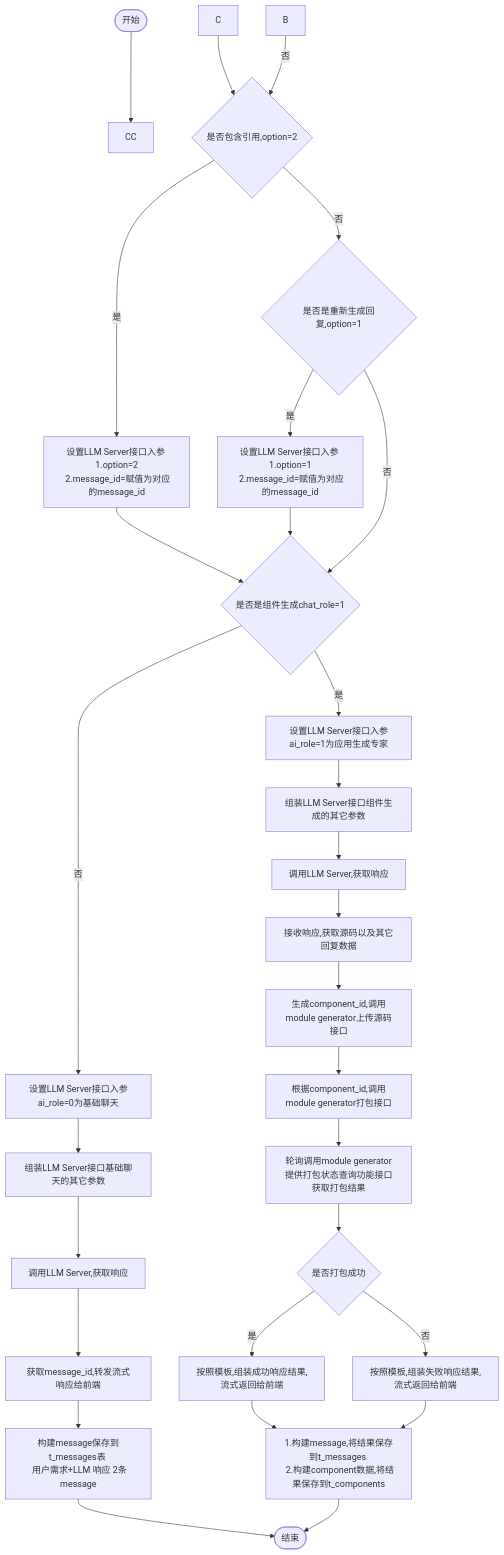
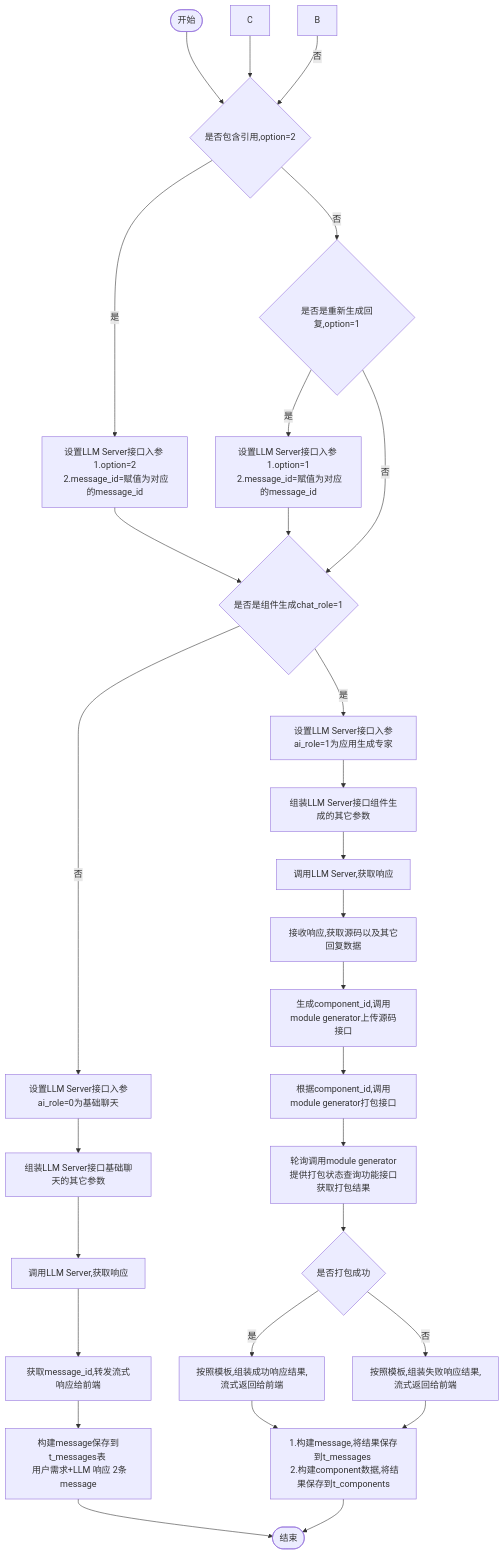
Before and after one commit to yingjianzh/iodraw-files: the diagram in all/w3-会话-不需要传递message.md, drawn with Mermaid.

Commit message:
2024-10-15 14:14:15 update

````diff
--- a/all/w3-会话-不需要传递message.md
+++ b/all/w3-会话-不需要传递message.md
@@ -1,35 +1,35 @@
 ```mermaid
 flowchart TD
-    A([开始]) --> CC
+    A([开始]) --> D
     C --> D
     B -- 否 --> D{是否包含引用,option=2}
     D -- 是 --> E[设置LLM Server接口入参 \n 1.option=2 \n 2.message_id=赋值为对应的message_id]
     D -- 否 --> F{是否是重新生成回复,option=1}
     F -- 是 --> G[设置LLM Server接口入参 \n 1.option=1 \n 2.message_id=赋值为对应的message_id]
     F -- 否 --> I
      
     E & G --> I{是否是组件生成chat_role=1}
     I -- 否 --> K[设置LLM Server接口入参ai_role=0为基础聊天]
     I -- 是 --> J[设置LLM Server接口入参ai_role=1为应用生成专家]
     
 
     J --> L[组装LLM Server接口组件生成的其它参数]    
     K --> M[组装LLM Server接口基础聊天的其它参数]    
     M --> N[调用LLM Server,获取响应]    
     N --> O[获取message_id,转发流式响应给前端]
     O --> P[构建message保存到t_messages表 \n 用户需求+LLM 响应 2条message]
     P --> R([结束])
 
 
     L --> S[调用LLM Server,获取响应]
     S --> T[接收响应,获取源码以及其它回复数据]
     T --> U[生成component_id,调用module generator上传源码接口]
     U --> V[根据component_id,调用module generator打包接口]
     V --> W[轮询调用module generator提供打包状态查询功能接口获取打包结果]
     W --> X{是否打包成功}
     X -- 是 --> Y[按照模板,组装成功响应结果,流式返回给前端]
     X -- 否 --> Z[按照模板,组装失败响应结果,流式返回给前端]
 
     Y & Z --> Result[1.构建message,将结果保存到t_messages \n 2.构建component数据,将结果保存到t_components]
     Result --> R
 ```
````
